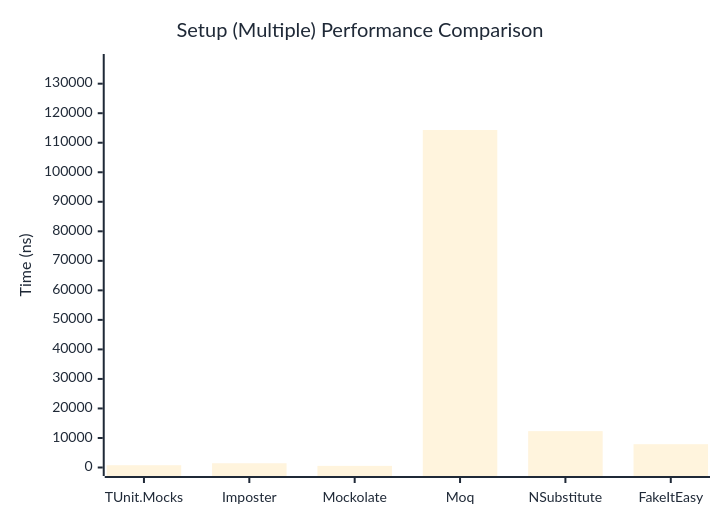
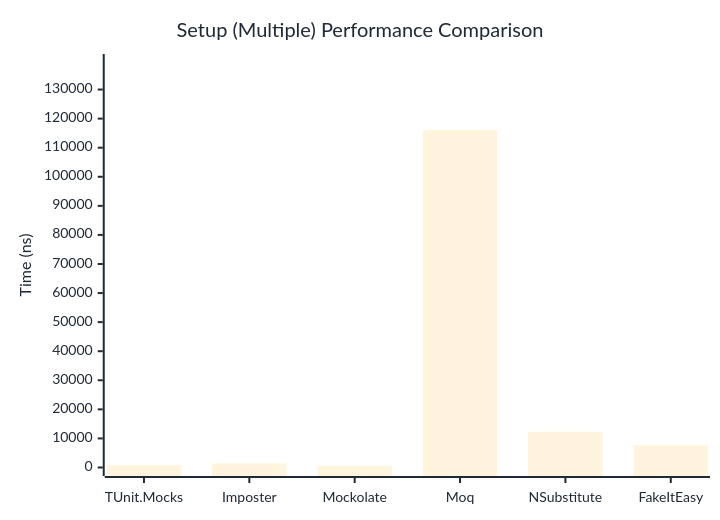
Before and after one commit to thomhurst/TUnit: the second of 2 diagrams in docs/docs/benchmarks/mocks/Setup.md, drawn with Mermaid. The commit also changed other lines of this file and 14 other files, not shown here.

````diff
--- a/docs/docs/benchmarks/mocks/Setup.md
+++ b/docs/docs/benchmarks/mocks/Setup.md
@@ -71,27 +71,27 @@
 ```mermaid
 %%{init: {
   'theme':'base',
   'themeVariables': {
     'primaryColor': '#2563eb',
     'primaryTextColor': '#1f2937',
     'primaryBorderColor': '#1e40af',
     'lineColor': '#6b7280',
     'secondaryColor': '#7c3aed',
     'tertiaryColor': '#dc2626',
     'background': '#ffffff',
     'pie1': '#2563eb',
     'pie2': '#7c3aed',
     'pie3': '#dc2626',
     'pie4': '#f59e0b',
     'pie5': '#10b981',
     'pie6': '#06b6d4',
     'pie7': '#ec4899',
     'pie8': '#6366f1'
   }
 }}%%
 xychart-beta
   title "Setup (Multiple) Performance Comparison"
   x-axis ["TUnit.Mocks", "Imposter", "Mockolate", "Moq", "NSubstitute", "FakeItEasy"]
-  y-axis "Time (ns)" 0 --> 137176
-  bar [774, 1444, 548.7, 114312.6, 12314.6, 7900.2]
+  y-axis "Time (ns)" 0 --> 139302
+  bar [791.6, 1395.6, 576.9, 116085, 12317.6, 7688.7]
 ```
````
